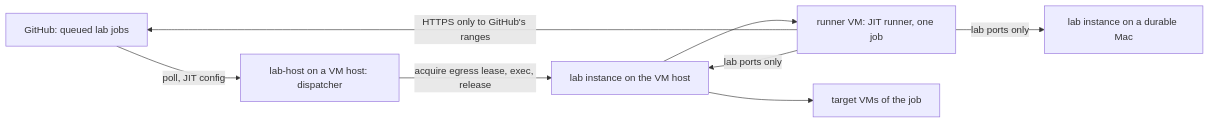
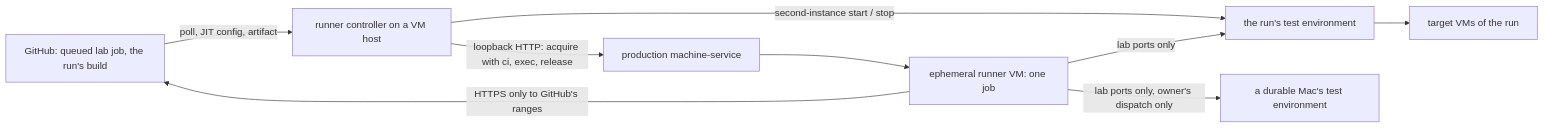
Before and after one commit to WeZZard/machine-service: the diagram in docs/arch/lab-runners.md, drawn with Mermaid. The commit also changed other lines of this file and 34 other files, not shown here.

First line of the commit message:
Rework the lab runners: production lends, a test environment per run (DC-1xx-LR2-1..13)

````diff
--- a/docs/arch/lab-runners.md
+++ b/docs/arch/lab-runners.md
@@ -10,10 +19,11 @@
 ```mermaid
 flowchart LR
-    GH[GitHub: queued lab jobs] -->|poll, JIT config| D[lab-host on a VM host: dispatcher]
-    D -->|acquire egress lease, exec, release| LI[lab instance on the VM host]
-    LI --> RV[runner VM: JIT runner, one job]
+    GH[GitHub: queued lab job, the run's build] -->|poll, JIT config, artifact| C[runner controller on a VM host]
+    C -->|loopback HTTP: acquire with ci, exec, release| P[production machine-service]
+    P --> RV[ephemeral runner VM: one job]
+    C -->|second-instance start / stop| TE[the run's test environment]
     RV -->|HTTPS only to GitHub's ranges| GH
-    RV -->|lab ports only| LI
-    RV -->|lab ports only| LD[lab instance on a durable Mac]
-    LI --> TV[target VMs of the job]
+    RV -->|lab ports only| TE
+    RV -->|lab ports only, owner's dispatch only| TD[a durable Mac's test environment]
+    TE --> TV[target VMs of the run]
 ```
````
